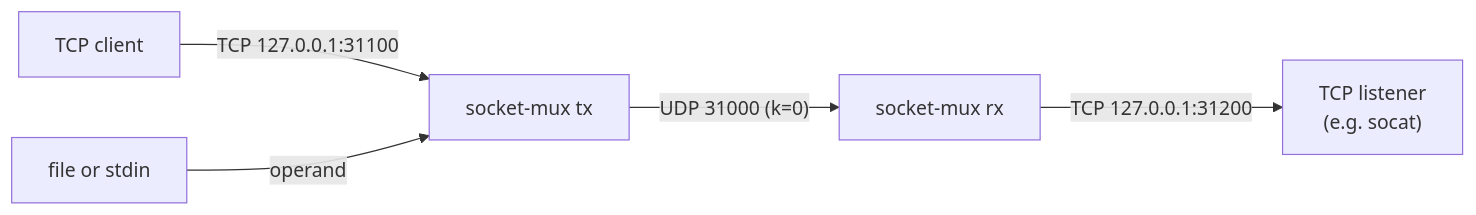
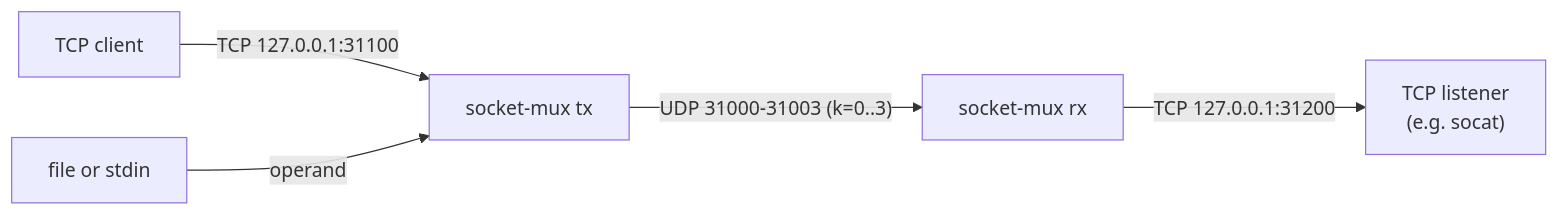
One commit to tegonzalez/socket-mux changed the diagram in README.md. Above: the diagram before and after it, drawn with Mermaid. The commit also changed other lines of this file, not shown here.

````diff
--- a/README.md
+++ b/README.md
@@ -95,7 +95,7 @@
 ```mermaid
 flowchart LR
   IN["TCP client"] -->|"TCP 127.0.0.1:31100"| TX["socket-mux tx"]
   F["file or stdin"] -->|"operand"| TX
-  TX -->|"UDP 31000 (k=0)"| RX["socket-mux rx"]
+  TX -->|"UDP 31000-31003 (k=0..3)"| RX["socket-mux rx"]
   RX -->|"TCP 127.0.0.1:31200"| OUT["TCP listener<br/>(e.g. socat)"]
 ```
````
